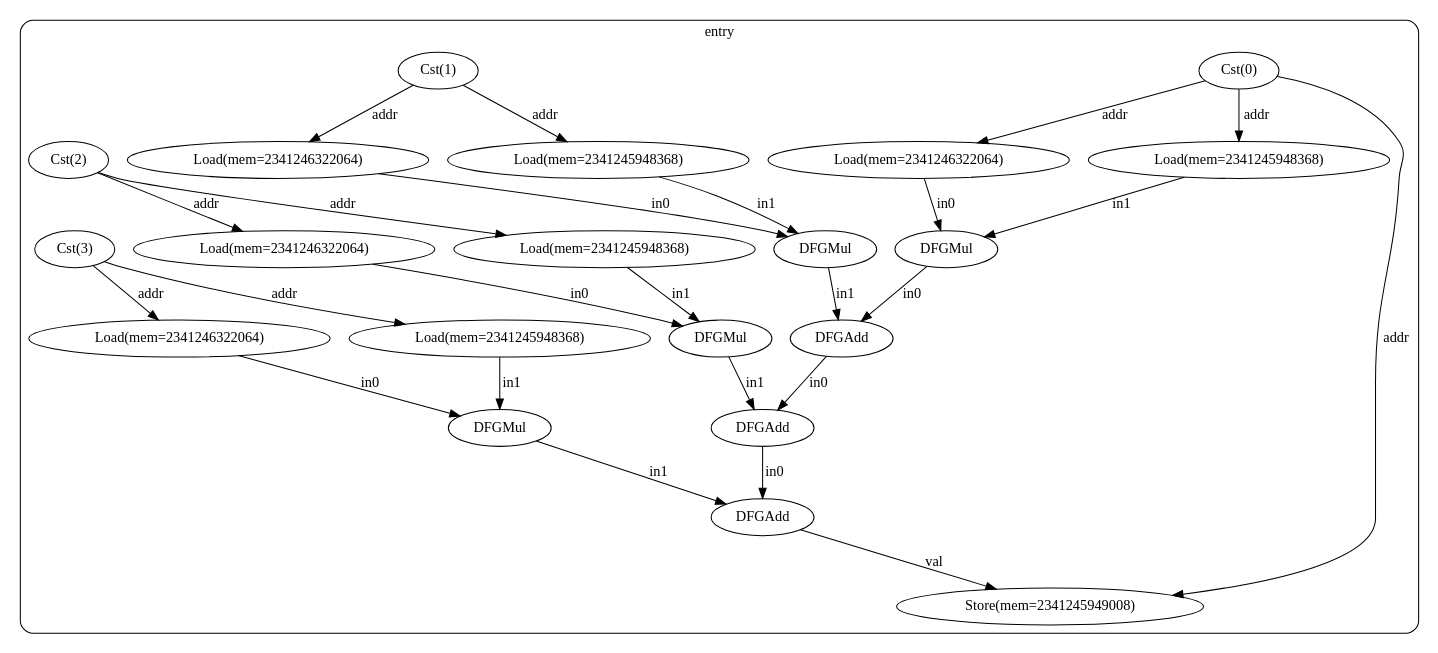
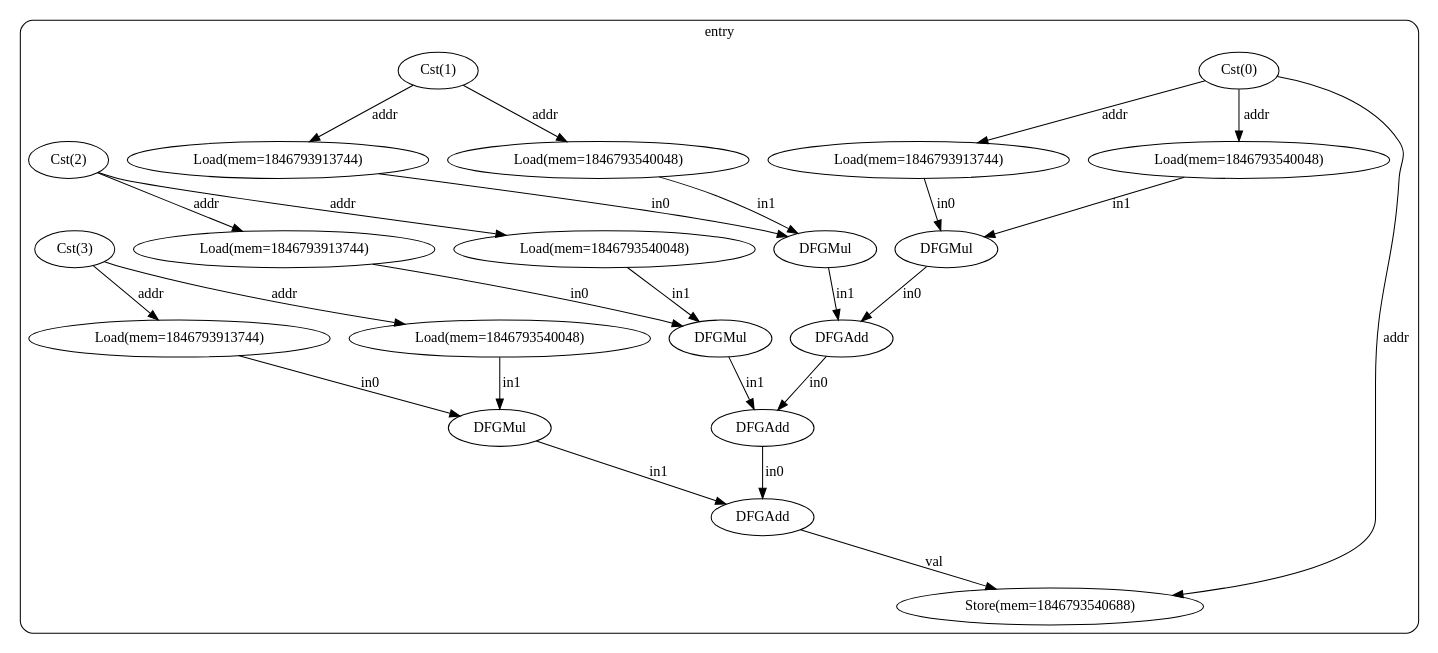
Before and after one commit to ma-carrillo/High-level-synthesis-assignment: the diagram in test02/cfg_with_dfg.dot, drawn with Graphviz. The commit also changed 18 other files, not shown here.

```diff
--- a/test02/cfg_with_dfg.dot
+++ b/test02/cfg_with_dfg.dot
@@ -1,51 +1,51 @@
 digraph "cfg" {
   compound=true;
   subgraph "cluster_bb0" {
     label="entry";
     style=rounded;
     bb0_n0 [label="Cst(0)"];
-    bb0_n1 [label="Load(mem=2341246322064)"];
-    bb0_n2 [label="Load(mem=2341245948368)"];
+    bb0_n1 [label="Load(mem=1846793913744)"];
+    bb0_n2 [label="Load(mem=1846793540048)"];
     bb0_n3 [label="DFGMul"];
     bb0_n4 [label="Cst(1)"];
-    bb0_n5 [label="Load(mem=2341246322064)"];
-    bb0_n6 [label="Load(mem=2341245948368)"];
+    bb0_n5 [label="Load(mem=1846793913744)"];
+    bb0_n6 [label="Load(mem=1846793540048)"];
     bb0_n7 [label="DFGMul"];
     bb0_n8 [label="DFGAdd"];
     bb0_n9 [label="Cst(2)"];
-    bb0_n10 [label="Load(mem=2341246322064)"];
-    bb0_n11 [label="Load(mem=2341245948368)"];
+    bb0_n10 [label="Load(mem=1846793913744)"];
+    bb0_n11 [label="Load(mem=1846793540048)"];
     bb0_n12 [label="DFGMul"];
     bb0_n13 [label="DFGAdd"];
     bb0_n14 [label="Cst(3)"];
-    bb0_n15 [label="Load(mem=2341246322064)"];
-    bb0_n16 [label="Load(mem=2341245948368)"];
+    bb0_n15 [label="Load(mem=1846793913744)"];
+    bb0_n16 [label="Load(mem=1846793540048)"];
     bb0_n17 [label="DFGMul"];
     bb0_n18 [label="DFGAdd"];
-    bb0_n19 [label="Store(mem=2341245949008)"];
+    bb0_n19 [label="Store(mem=1846793540688)"];
     bb0_n0 -> bb0_n1 [label="addr"];
     bb0_n0 -> bb0_n2 [label="addr"];
     bb0_n0 -> bb0_n19 [label="addr"];
     bb0_n1 -> bb0_n3 [label="in0"];
     bb0_n2 -> bb0_n3 [label="in1"];
     bb0_n3 -> bb0_n8 [label="in0"];
     bb0_n4 -> bb0_n5 [label="addr"];
     bb0_n4 -> bb0_n6 [label="addr"];
     bb0_n5 -> bb0_n7 [label="in0"];
     bb0_n6 -> bb0_n7 [label="in1"];
     bb0_n7 -> bb0_n8 [label="in1"];
     bb0_n8 -> bb0_n13 [label="in0"];
     bb0_n9 -> bb0_n10 [label="addr"];
     bb0_n9 -> bb0_n11 [label="addr"];
     bb0_n10 -> bb0_n12 [label="in0"];
     bb0_n11 -> bb0_n12 [label="in1"];
     bb0_n12 -> bb0_n13 [label="in1"];
     bb0_n13 -> bb0_n18 [label="in0"];
     bb0_n14 -> bb0_n15 [label="addr"];
     bb0_n14 -> bb0_n16 [label="addr"];
     bb0_n15 -> bb0_n17 [label="in0"];
     bb0_n16 -> bb0_n17 [label="in1"];
     bb0_n17 -> bb0_n18 [label="in1"];
     bb0_n18 -> bb0_n19 [label="val"];
   }
 }
```
